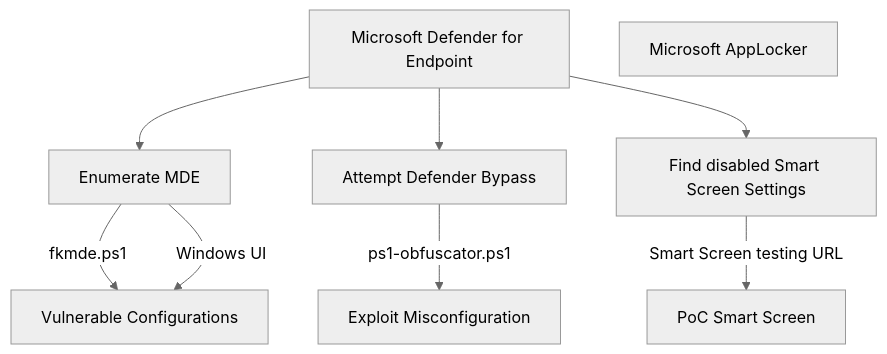
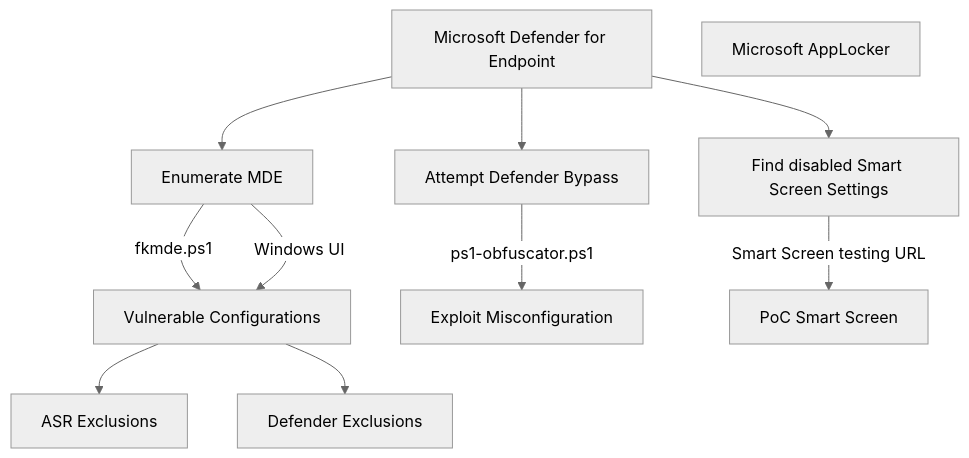
Before and after one commit to fkxdr/fkxdr-mindmaps: the diagram in README.md, drawn with Mermaid (neutral theme).

````diff
--- a/README.md
+++ b/README.md
@@ -7,15 +7,17 @@
 ```mermaid
 flowchart TD
     MDE[ Microsoft Defender for Endpoint ]
     MDE --> MDEENUM[ Enumerate MDE ]
     MDEENUM --> | fkmde.ps1 | MDEVULN[ Vulnerable Configurations ]
     MDEENUM --> |  Windows UI | MDEVULN[ Vulnerable Configurations ]
+    MDEVULN --> MDEASR[ ASR Exclusions ]
+    MDEVULN --> MDEEXCLUSION[ Defender Exclusions ]
+
     MDE --> MDEBYPASS[ Attempt Defender Bypass ]
-    
     MDEBYPASS --> | ps1-obfuscator.ps1 | MDEBYPASS2[ Exploit Misconfiguration]
 
     MDE --> MDESSCR[ Find disabled Smart Screen Settings ]
     MDESSCR --> | Smart Screen testing URL | MDESSCR2[ PoC Smart Screen ]
 
     APP[ Microsoft AppLocker ]
 ```
````
